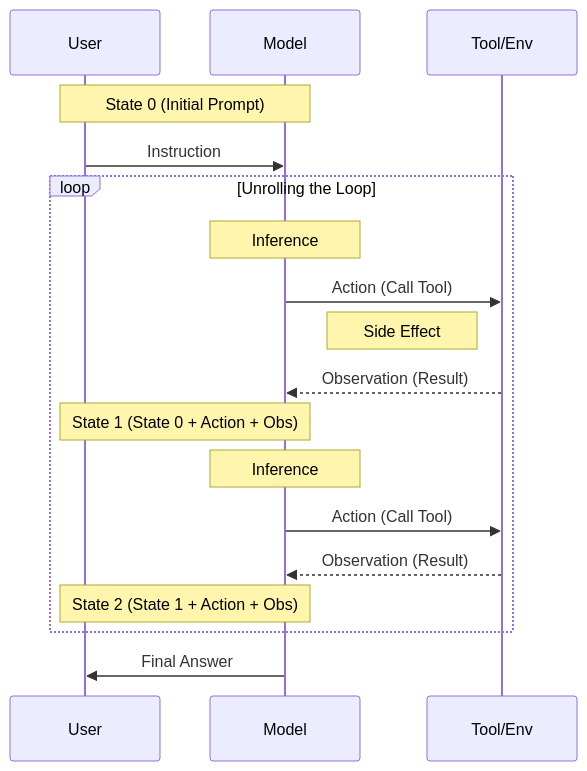
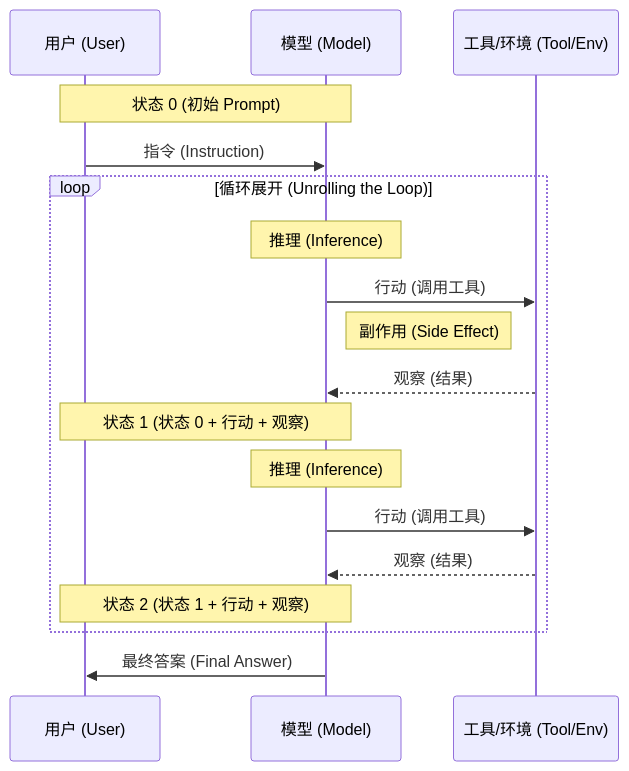
Before and after one commit to yeasy/agentic_ai_guide: the second of 2 diagrams in 01_paradigm/1.2_theory.md, drawn with Mermaid. The commit also changed other lines of this file and 75 other files, not shown here.

````diff
--- a/01_paradigm/1.2_theory.md
+++ b/01_paradigm/1.2_theory.md
@@ -53,24 +53,24 @@
 ```mermaid
 sequenceDiagram
-    participant U as User
-    participant M as Model
-    participant T as Tool/Env
+    participant U as 用户 (User)
+    participant M as 模型 (Model)
+    participant T as 工具/环境 (Tool/Env)
     
-    Note over U,M: State 0 (Initial Prompt)
-    U->>M: Instruction
+    Note over U,M: 状态 0 (初始 Prompt)
+    U->>M: 指令 (Instruction)
     
-    loop Unrolling the Loop
-        Note over M: Inference
-        M->>T: Action (Call Tool)
-        Note left of T: Side Effect
-        T-->>M: Observation (Result)
-        Note over U,M: State 1 (State 0 + Action + Obs)
+    loop 循环展开 (Unrolling the Loop)
+        Note over M: 推理 (Inference)
+        M->>T: 行动 (调用工具)
+        Note left of T: 副作用 (Side Effect)
+        T-->>M: 观察 (结果)
+        Note over U,M: 状态 1 (状态 0 + 行动 + 观察)
         
-        Note over M: Inference
-        M->>T: Action (Call Tool)
-        T-->>M: Observation (Result)
-        Note over U,M: State 2 (State 1 + Action + Obs)
+        Note over M: 推理 (Inference)
+        M->>T: 行动 (调用工具)
+        T-->>M: 观察 (结果)
+        Note over U,M: 状态 2 (状态 1 + 行动 + 观察)
     end
     
-    M->>U: Final Answer
+    M->>U: 最终答案 (Final Answer)
 ```
````
